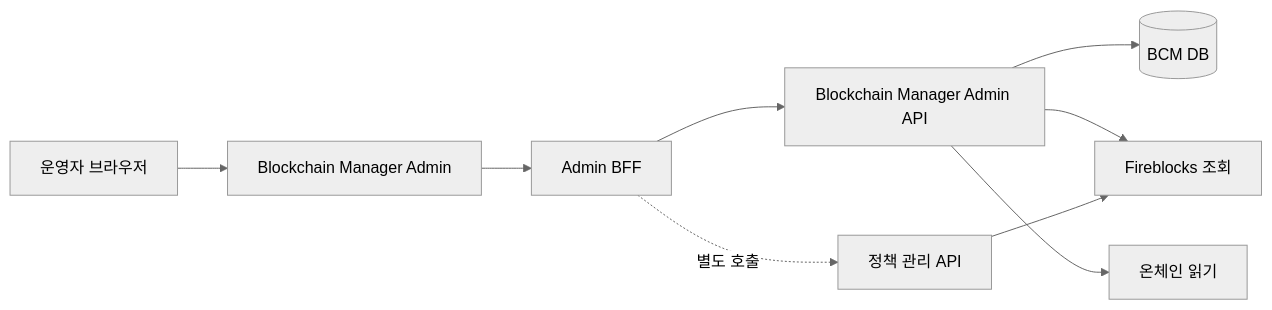
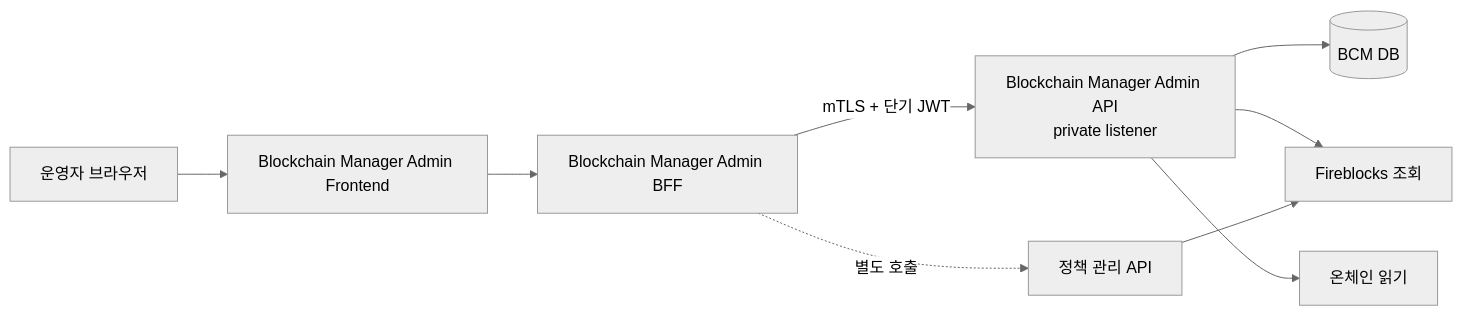
Before and after one commit to eunsujeo/eunpus: the diagram in blockchain-manager/docs/BC/설계/08-bcm-admin.md, drawn with Mermaid (neutral theme). The commit also changed other lines of this file and 5 other files, not shown here.

````diff
--- a/blockchain-manager/docs/BC/설계/08-bcm-admin.md
+++ b/blockchain-manager/docs/BC/설계/08-bcm-admin.md
@@ -55,11 +55,11 @@
 ```mermaid
 flowchart LR
-    U[운영자 브라우저] --> F[Blockchain Manager Admin]
-    F --> B[Admin BFF]
-    B --> M[Blockchain Manager Admin API]
+    U[운영자 브라우저] --> F[Blockchain Manager Admin Frontend]
+    F --> B[Blockchain Manager Admin BFF]
+    B -->|mTLS + 단기 JWT| M[Blockchain Manager Admin API<br/>private listener]
     M --> D[(BCM DB)]
     M --> V[Fireblocks 조회]
     M --> R[온체인 읽기]
     B -. 별도 호출 .-> P[정책 관리 API]
     P --> V
 ```
````
